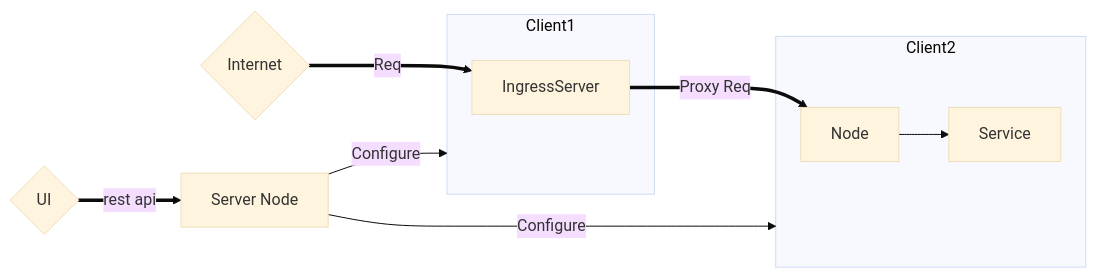
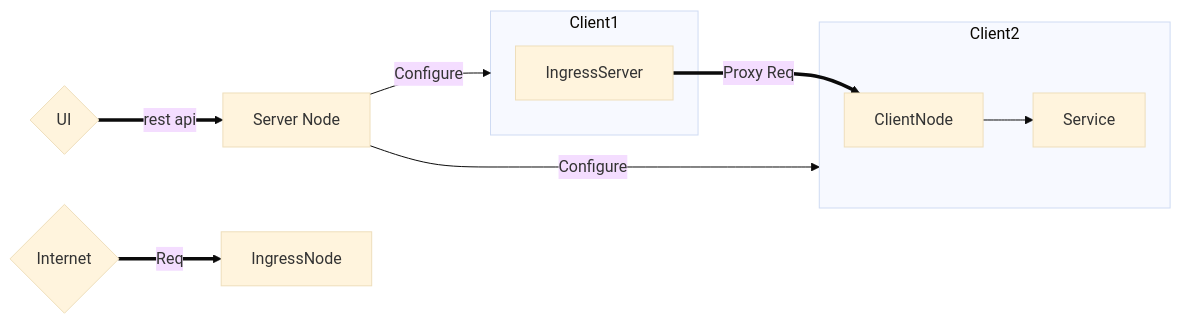
One commit to eyanshu1997/tunnlrX changed the diagram in workflow.md. Above: the diagram before and after it, drawn with Mermaid (base theme).

Commit message:
fix workflownames

````diff
--- a/workflow.md
+++ b/workflow.md
@@ -13,14 +13,14 @@
 ```mermaid
 flowchart LR
     A[Server Node] -->|Configure| Client1
     A[Server Node] -->|Configure| Client2
-    D{Internet} ==> |Req| IngressServer
-    IngressServer ==> |Proxy Req|Node
+    D{Internet} ==> |Req| IngressNode
+    IngressServer ==> |Proxy Req|ClientNode
     E{UI} ==>|rest api|A
     subgraph Client2
-        Node --> Service
+        ClientNode --> Service
     end
     subgraph Client1
         IngressServer
     end
 ```
````
